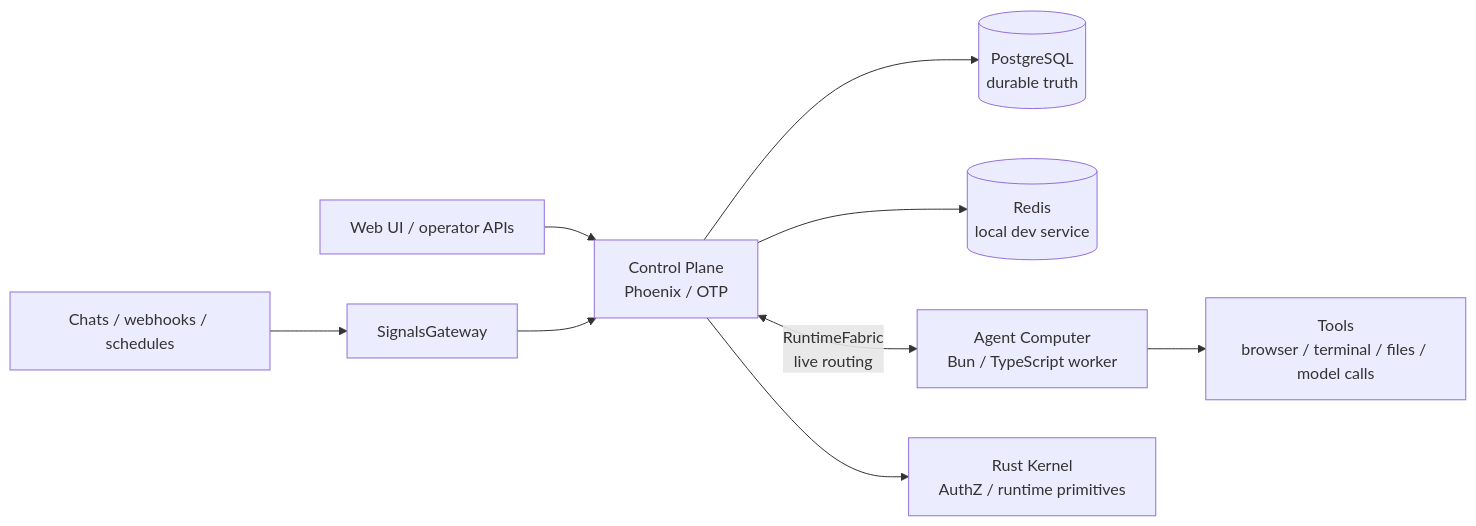
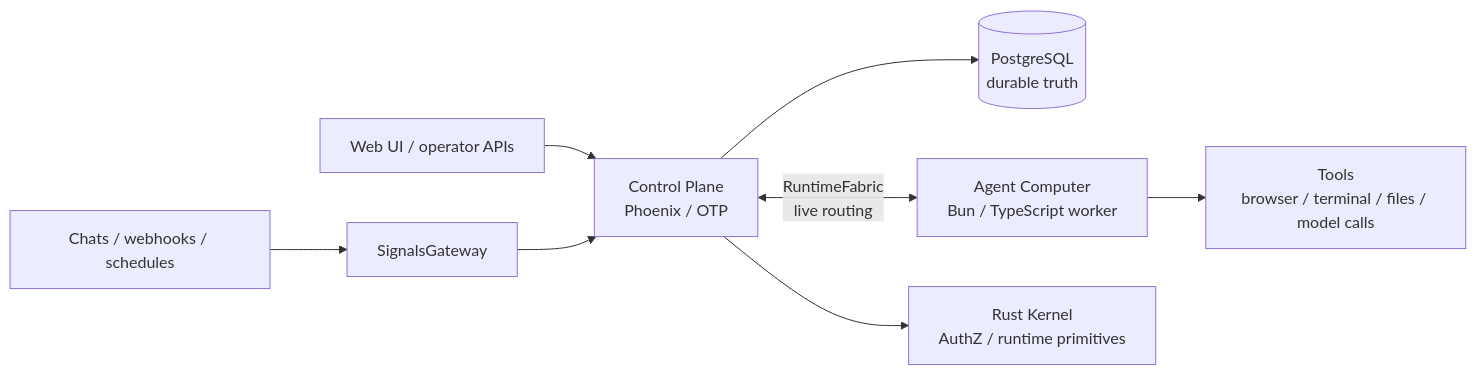
One commit to AgentBull/ankole changed the diagram in README.ja.md. Above: the diagram before and after it, drawn with Mermaid. The commit also changed other lines of this file and 823 other files, not shown here.

````diff
--- a/README.ja.md
+++ b/README.ja.md
@@ -65,14 +65,13 @@
 ```mermaid
 flowchart LR
   Providers["Chats / webhooks / schedules"] --> SG["SignalsGateway"]
   Console["Web UI / operator APIs"] --> CP["Control Plane<br/>Phoenix / OTP"]
 
   SG --> CP
   CP --> PG[("PostgreSQL<br/>durable truth")]
-  CP --> Redis[("Redis<br/>local dev service")]
 
   CP <-->|"RuntimeFabric<br/>live routing"| Worker["Agent Computer<br/>Bun / TypeScript worker"]
 
   Worker --> Tools["Tools<br/>browser / terminal / files / model calls"]
   CP --> Kernel["Rust Kernel<br/>AuthZ / runtime primitives"]
 ```
````
